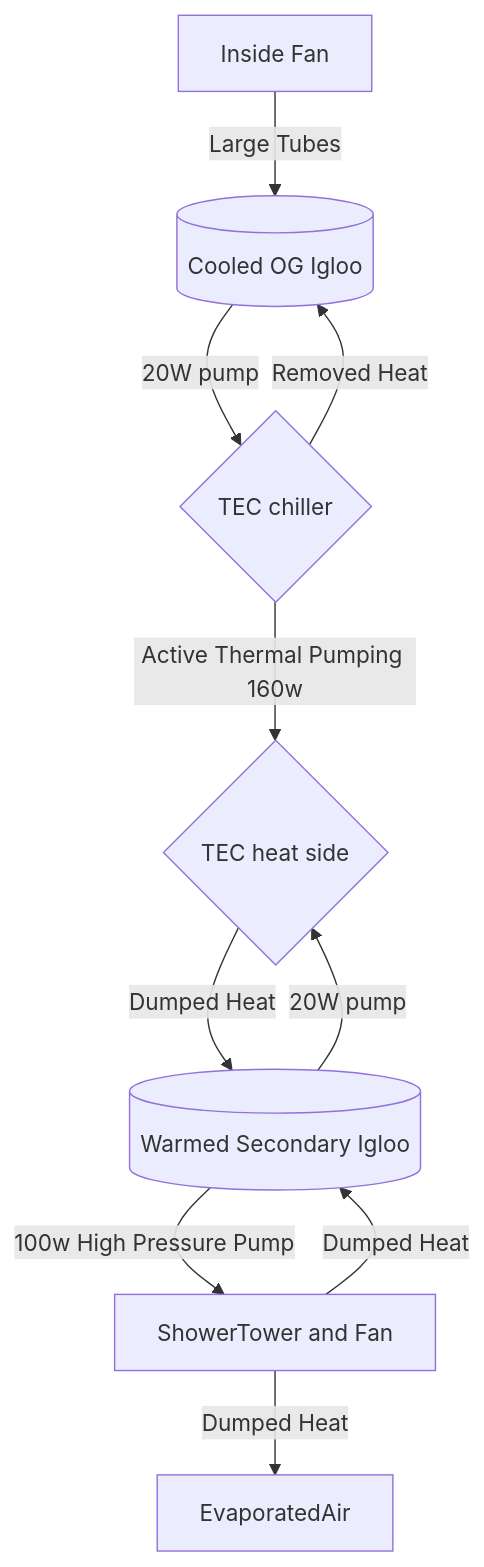
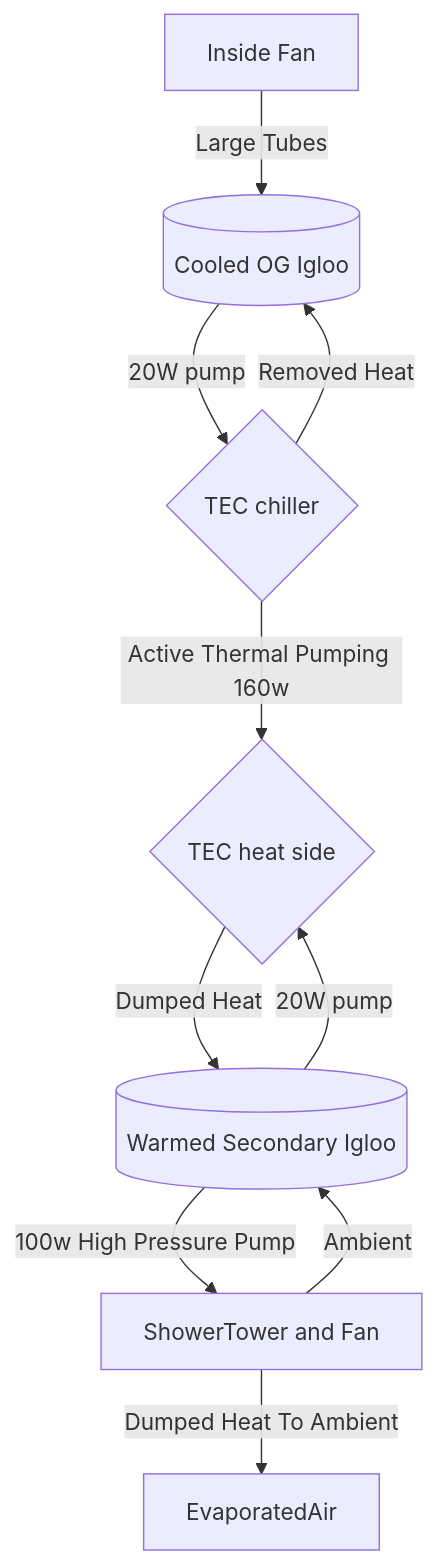
Before and after one commit to ericdmoore/casitaAzul: the diagram in src/cooling/readme.md, drawn with Mermaid.

Commit message:
diagram updates.8

````diff
--- a/src/cooling/readme.md
+++ b/src/cooling/readme.md
@@ -28,13 +28,13 @@
 ```mermaid
 flowchart TD
 
    IDU[Inside Fan] -->|Large Tubes| IDUtub[(Cooled OG Igloo)]
    IDUtub -->|20W pump| TECcold{TEC chiller}
    TECcold --> |Removed Heat| IDUtub
    TECcold --> |Active Thermal Pumping 160w| TEChot{TEC heat side}
    ODUtub[(Warmed Secondary Igloo)] -->|20W pump| TEChot
    TEChot -->|Dumped Heat| ODUtub
    ODUtub --> |100w High Pressure Pump| ShowerTower[ShowerTower and Fan]
-   ShowerTower --> |Dumped Heat| ODUtub
-   ShowerTower --> |Dumped Heat| EvaporatedAir
+   ShowerTower --> |Ambient| ODUtub
+   ShowerTower --> |Dumped Heat To Ambient| EvaporatedAir
 ```
````
